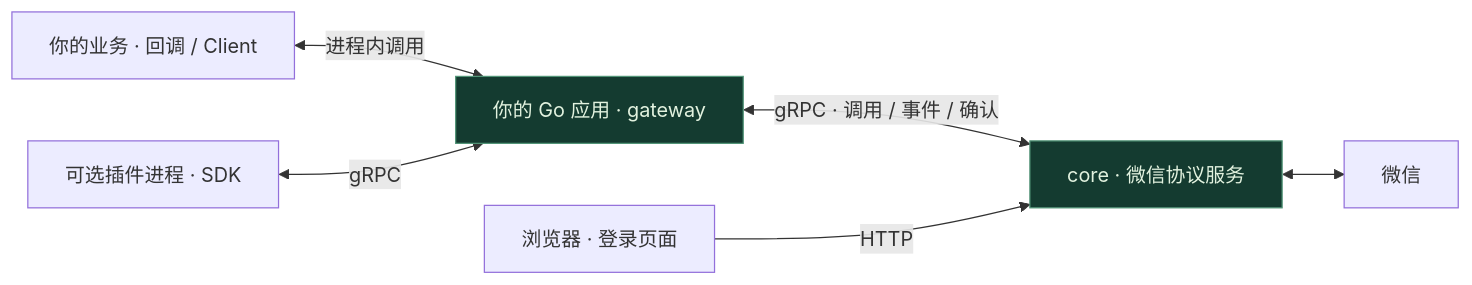
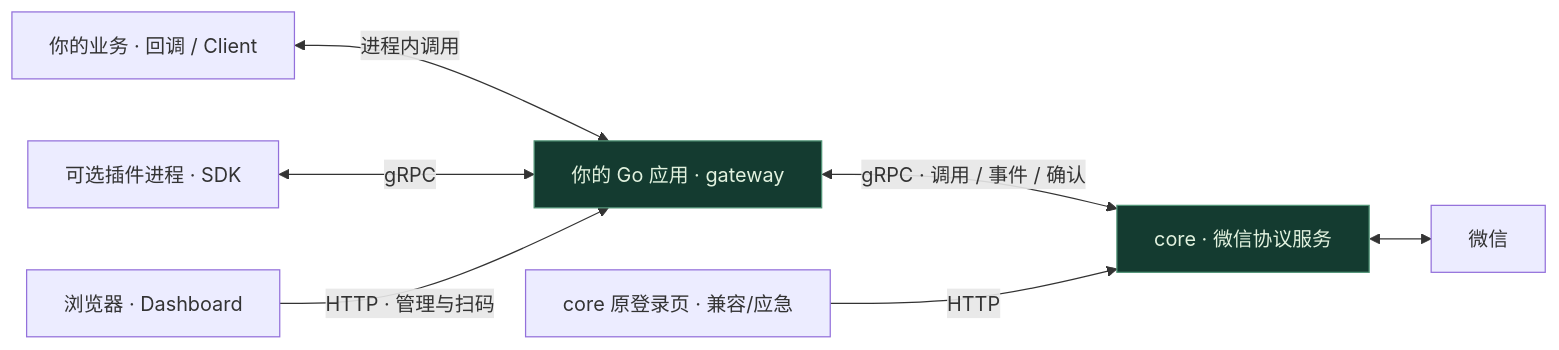
Before and after one commit to 2guan/we-clayplus: the diagram in README.md, drawn with Mermaid. The commit also changed other lines of this file and 238 other files, not shown here.

````diff
--- a/README.md
+++ b/README.md
@@ -277,10 +279,11 @@
 ```mermaid
 flowchart LR
     A["你的业务 · 回调 / Client"] <-->|"进程内调用"| G
     P["可选插件进程 · SDK"] <-->|"gRPC"| G["你的 Go 应用 · gateway"]
     G <-->|"gRPC · 调用 / 事件 / 确认"| C["core · 微信协议服务"]
     C <--> W["微信"]
-    B["浏览器 · 登录页面"] -->|"HTTP"| C
+    B["浏览器 · Dashboard"] -->|"HTTP · 管理与扫码"| G
+    B2["core 原登录页 · 兼容/应急"] -->|"HTTP"| C
     style G fill:#143b30,color:#e2f2df,stroke:#519477
     style C fill:#143b30,color:#e2f2df,stroke:#519477
 ```
````
